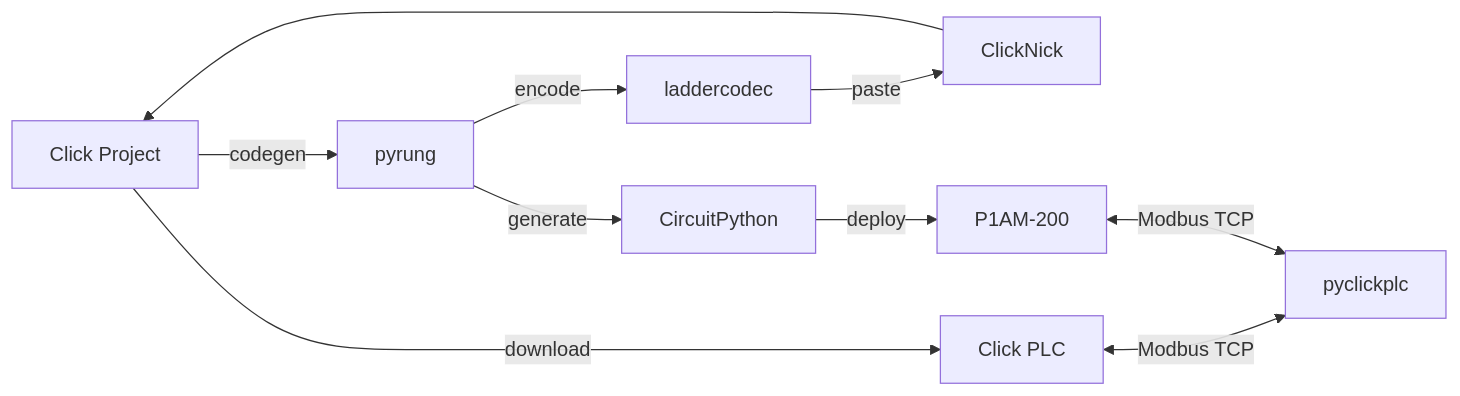
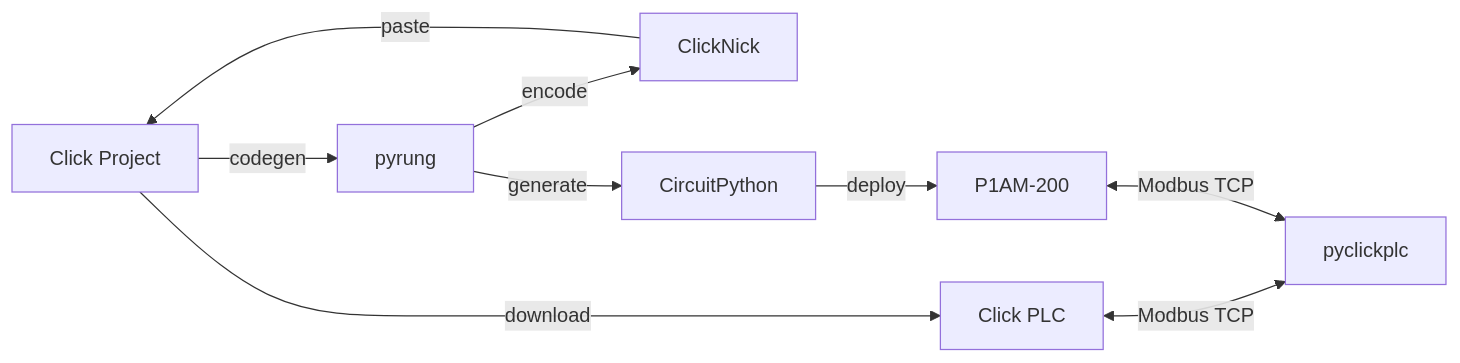
The diagram in docs/index.md (ssweber/ssweber.github.io), drawn with Mermaid before and after one commit. The commit also changed other lines of this file, not shown here.

First line of the commit message:
docs: promote ClickNick as primary Click PLC entry point over laddercodec

````diff
--- a/docs/index.md
+++ b/docs/index.md
@@ -173,12 +173,11 @@
 ```mermaid
 graph LR
     D[Click Project] -->|codegen| A[pyrung]
-    A -->|encode| B[laddercodec]
-    B -->|paste| C[ClickNick]
-    C --> D
+    A -->|encode| C[ClickNick]
+    C -->|paste| D
     D -->|download| E[Click PLC]
     A -->|generate| G[CircuitPython]
     G -->|deploy| H[P1AM-200]
     E <-->|Modbus TCP| F[pyclickplc]
     H <-->|Modbus TCP| F
 ```
````
